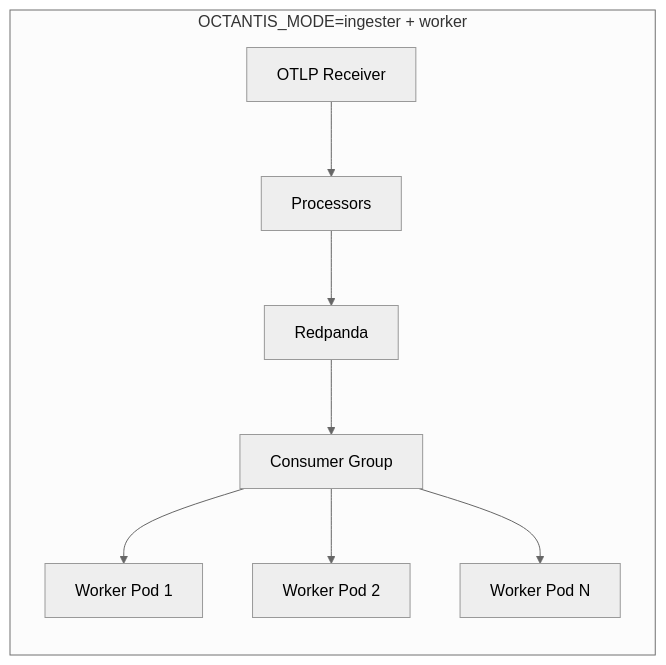
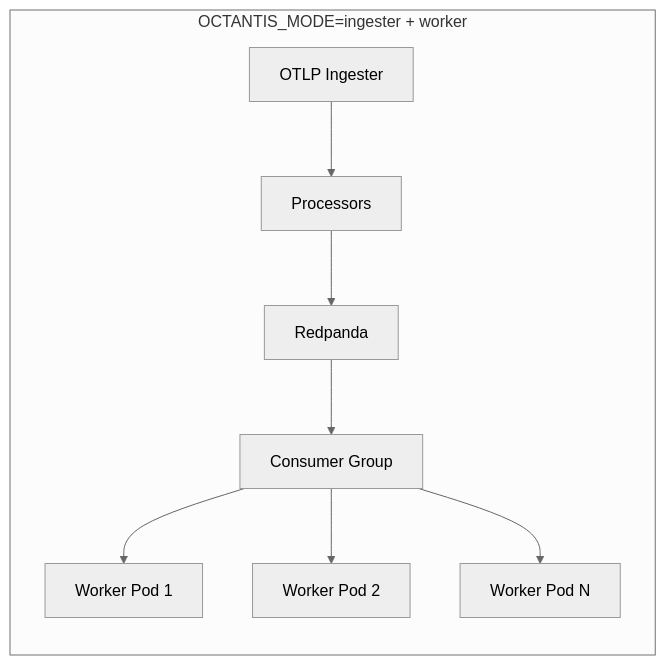
Before and after one commit to Vinny1892/octantis: the third of 7 diagrams in docs/tech-specs/tech-spec-005-plugin-architecture.md, drawn with Mermaid (neutral theme). The commit also changed other lines of this file and 56 other files, not shown here.

````diff
--- a/docs/tech-specs/tech-spec-005-plugin-architecture.md
+++ b/docs/tech-specs/tech-spec-005-plugin-architecture.md
@@ -163,10 +164,10 @@
 ```mermaid
 graph LR
     subgraph Distributed["OCTANTIS_MODE=ingester + worker"]
-        R2[OTLP Receiver] --> P2[Processors] --> RP[Redpanda]
+        R2[OTLP Ingester] --> P2[Processors] --> RP[Redpanda]
         RP --> CG[Consumer Group]
         CG --> WK1[Worker Pod 1]
         CG --> WK2[Worker Pod 2]
         CG --> WKN[Worker Pod N]
     end
 ```
````
